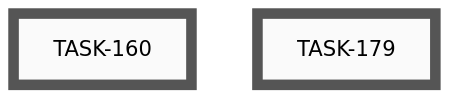
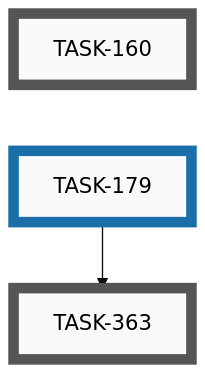
Before and after one commit to tgd1975/AwesomeStudioPedal: the first of 12 diagrams in docs/developers/tasks/EPICS.md, drawn with Mermaid (base theme). The commit also changed other lines of this file and 3 other files, not shown here.

````diff
--- a/docs/developers/tasks/EPICS.md
+++ b/docs/developers/tasks/EPICS.md
@@ -32,16 +32,19 @@
 ```mermaid
-graph LR
+graph TD
     TASK_160["TASK-160"]:::open
-    TASK_179["TASK-179"]:::open
+    TASK_363["TASK-363"]:::open
+    TASK_179["TASK-179"]:::active
+    TASK_179 --> TASK_363
     TASK_160 ~~~ TASK_179
     click TASK_160 "open/task-160-publish-android-play-store.md"
-    click TASK_179 "open/task-179-determine-android-app-release.md"
+    click TASK_363 "open/task-363-thin-out-release-skill.md"
+    click TASK_179 "active/task-179-determine-android-app-release.md"
     classDef open    fill:#FAFAFA,stroke:#555,stroke-width:8px,color:#000
     classDef active  fill:#FAFAFA,stroke:#1A6FA8,stroke-width:8px,color:#000
     classDef closed  fill:#FAFAFA,stroke:#3F8B53,stroke-width:8px,color:#000
     classDef paused  fill:#FAFAFA,stroke:#B07810,stroke-width:8px,color:#000
     classDef openExt    fill:#000,stroke:#888,stroke-width:8px,color:#FFF
     classDef activeExt  fill:#000,stroke:#3FA9F5,stroke-width:8px,color:#FFF
     classDef closedExt  fill:#000,stroke:#7CC68A,stroke-width:8px,color:#FFF
     classDef pausedExt  fill:#000,stroke:#F0B030,stroke-width:8px,color:#FFF
 ```
````
